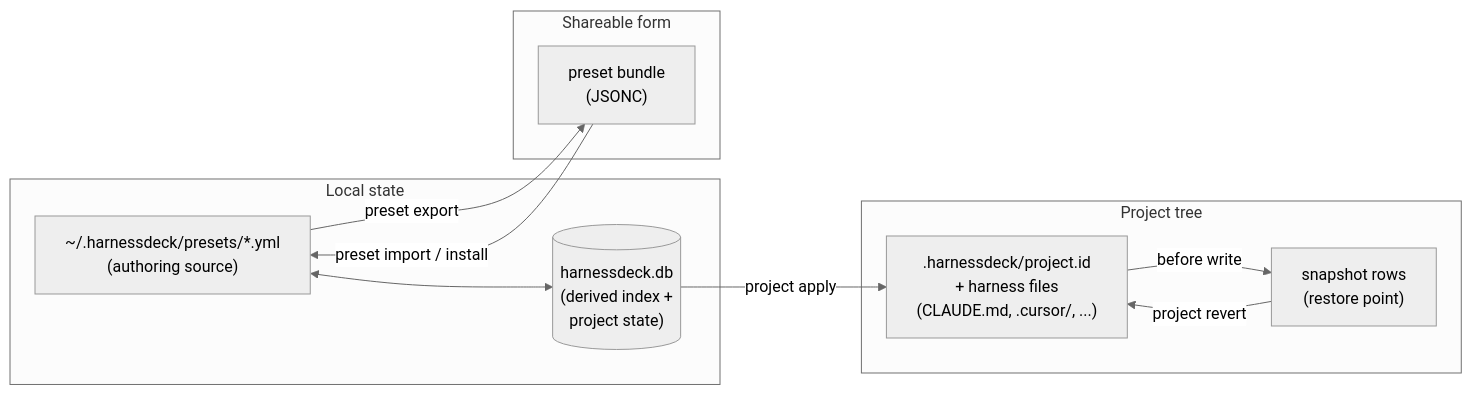
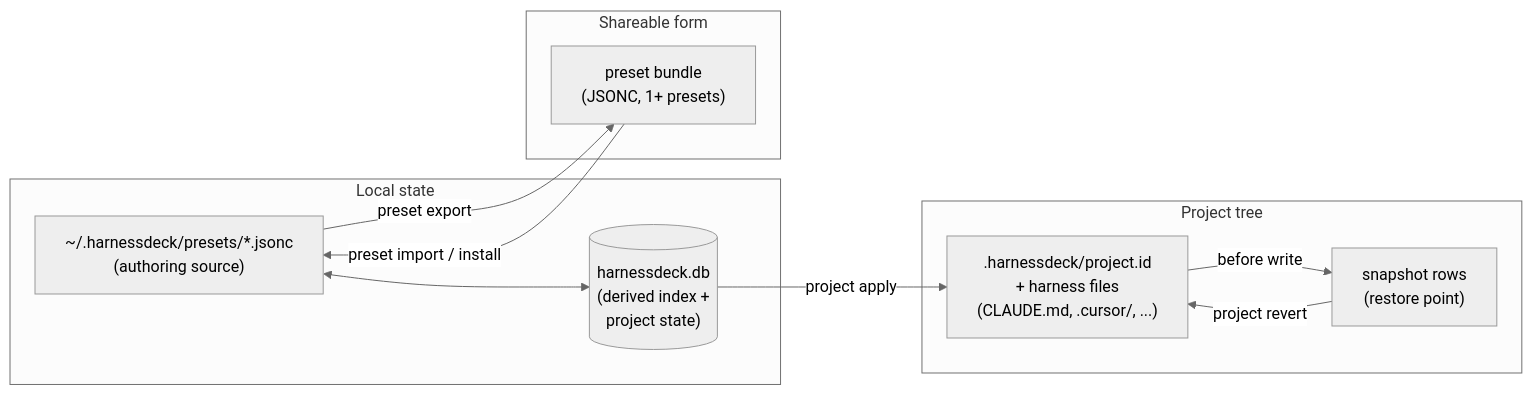
One commit to harnesstap/harnesstap changed the first of 2 diagrams in docs/superpowers/specs/2026-05-26-cli-noun-and-wizard-design.md. Above: the diagram before and after it, drawn with Mermaid (neutral theme). The commit also changed other lines of this file and 1 other file, not shown here.

````diff
--- a/docs/superpowers/specs/2026-05-26-cli-noun-and-wizard-design.md
+++ b/docs/superpowers/specs/2026-05-26-cli-noun-and-wizard-design.md
@@ -214,23 +270,23 @@
 ```mermaid
 flowchart LR
   subgraph "Local state"
-    YAML["~/.harnessdeck/presets/*.yml<br/>(authoring source)"]
+    JSONC["~/.harnessdeck/presets/*.jsonc<br/>(authoring source)"]
     DB[("harnessdeck.db<br/>(derived index +<br/>project state)")]
-    YAML <--> DB
+    JSONC <--> DB
   end
 
   subgraph "Shareable form"
-    Bundle["preset bundle<br/>(JSONC)"]
+    Bundle["preset bundle<br/>(JSONC, 1+ presets)"]
   end
 
   subgraph "Project tree"
     Project[".harnessdeck/project.id<br/>+ harness files<br/>(CLAUDE.md, .cursor/, ...)"]
     Snap["snapshot rows<br/>(restore point)"]
   end
 
-  YAML -- "preset export" --> Bundle
-  Bundle -- "preset import / install" --> YAML
+  JSONC -- "preset export" --> Bundle
+  Bundle -- "preset import / install" --> JSONC
   DB -- "project apply" --> Project
   Project -- "before write" --> Snap
   Snap -- "project revert" --> Project
 ```
````
